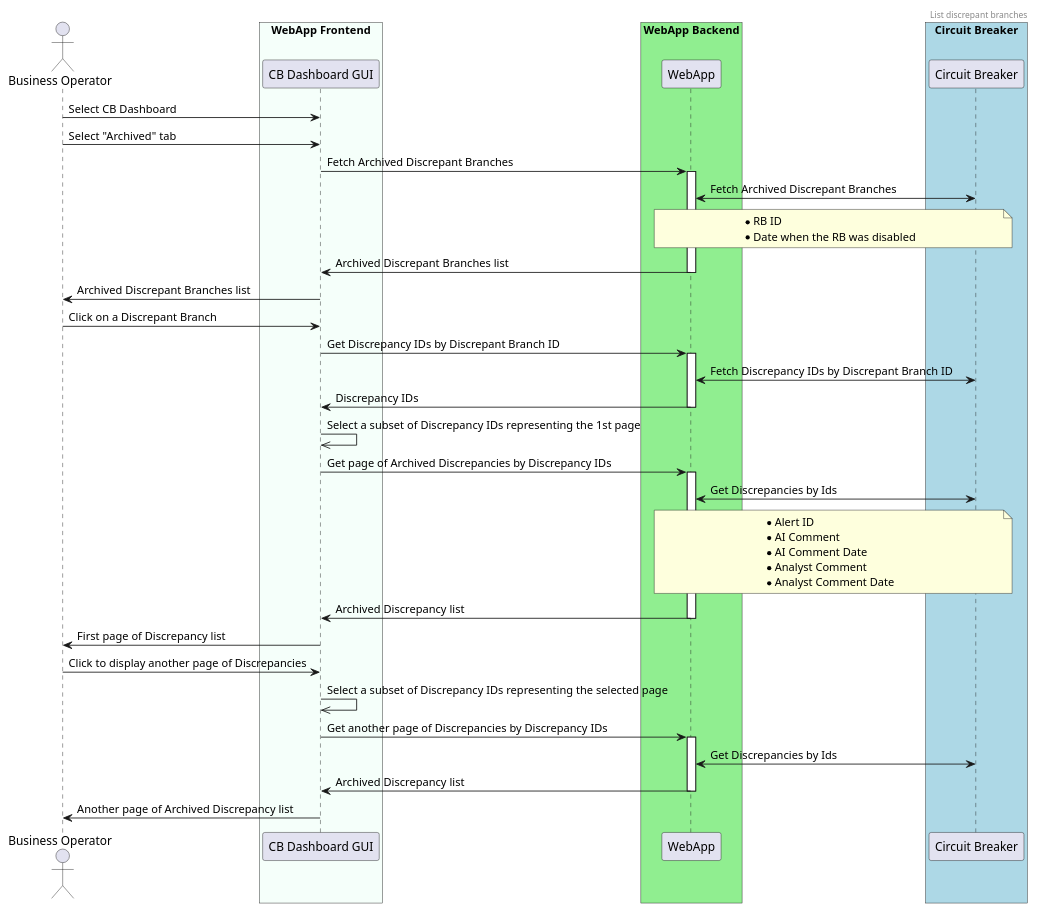
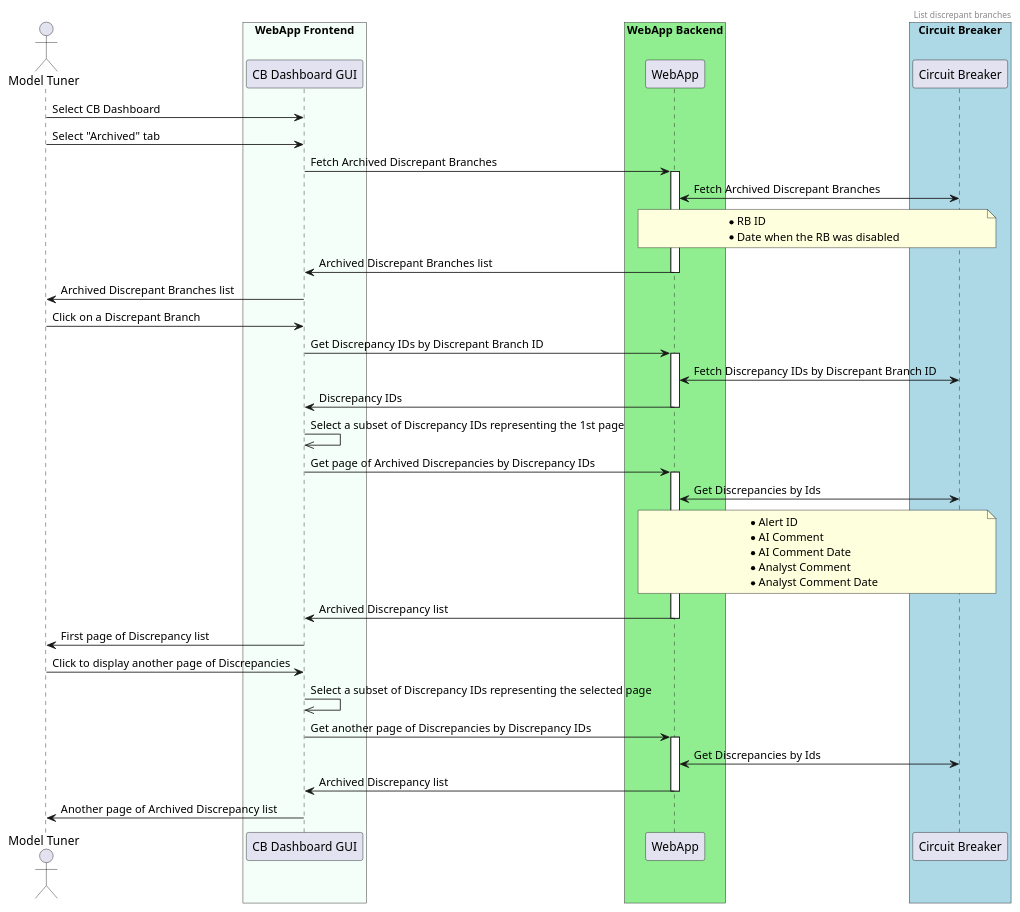
Before and after one commit to ngraczykowski/iris-root: the diagram in modules/webapp/sens-webapp-documentation/src/docs/asciidoc/hld/2020-07-14_archived-discrepancy-list.adoc, drawn with PlantUML. The commit also changed other lines of this file and 55 other files, not shown here.

```diff
--- a/modules/webapp/sens-webapp-documentation/src/docs/asciidoc/hld/2020-07-14_archived-discrepancy-list.adoc
+++ b/modules/webapp/sens-webapp-documentation/src/docs/asciidoc/hld/2020-07-14_archived-discrepancy-list.adoc
@@ -7,70 +7,70 @@
 [plantuml,bo-gets-list-of-discrepant-branches,svg]
 -----
 @startuml
 header List discrepant branches
 
-actor "Business Operator"
+actor "Model Tuner"
 
 box "WebApp Frontend" #MintCream
     participant Frontend as "CB Dashboard GUI"
 end box
 
 box "WebApp Backend" #LightGreen
     participant Backend as "WebApp"
 end box
 
 box "Circuit Breaker" #LightBlue
     participant CB as "Circuit Breaker" order 48
 end box
 
-"Business Operator" -> Frontend : Select CB Dashboard
-"Business Operator" -> Frontend : Select "Archived" tab
+"Model Tuner" -> Frontend : Select CB Dashboard
+"Model Tuner" -> Frontend : Select "Archived" tab
 
 Frontend -> Backend : Fetch Archived Discrepant Branches
 activate Backend
 Backend <-> CB : Fetch Archived Discrepant Branches
 note over Backend, CB
     * RB ID
     * Date when the RB was disabled
 end note
 
 Backend -> Frontend : Archived Discrepant Branches list
 deactivate Backend
-Frontend->"Business Operator": Archived Discrepant Branches list
+Frontend->"Model Tuner": Archived Discrepant Branches list
 
-"Business Operator" -> Frontend : Click on a Discrepant Branch
+"Model Tuner" -> Frontend : Click on a Discrepant Branch
 Frontend -> Backend : Get Discrepancy IDs by Discrepant Branch ID
 activate Backend
 Backend <-> CB : Fetch Discrepancy IDs by Discrepant Branch ID
 Backend -> Frontend : Discrepancy IDs
 deactivate Backend
 
 Frontend ->> Frontend : Select a subset of Discrepancy IDs representing the 1st page
 
 Frontend -> Backend : Get page of Archived Discrepancies by Discrepancy IDs
 activate Backend
 Backend <-> CB : Get Discrepancies by Ids
 note over Backend, CB
     * Alert ID
     * AI Comment
     * AI Comment Date
     * Analyst Comment
     * Analyst Comment Date
 end note
 Backend -> Frontend : Archived Discrepancy list
 deactivate Backend
-Frontend->"Business Operator": First page of Discrepancy list
+Frontend->"Model Tuner": First page of Discrepancy list
 
-"Business Operator" -> Frontend : Click to display another page of Discrepancies
+"Model Tuner" -> Frontend : Click to display another page of Discrepancies
 Frontend ->> Frontend : Select a subset of Discrepancy IDs representing the selected page
 
 Frontend -> Backend : Get another page of Discrepancies by Discrepancy IDs
 activate Backend
 Backend <-> CB : Get Discrepancies by Ids
 
 Backend -> Frontend : Archived Discrepancy list
 deactivate Backend
-Frontend->"Business Operator": Another page of Archived Discrepancy list
+Frontend->"Model Tuner": Another page of Archived Discrepancy list
 
 @enduml
 -----
```
